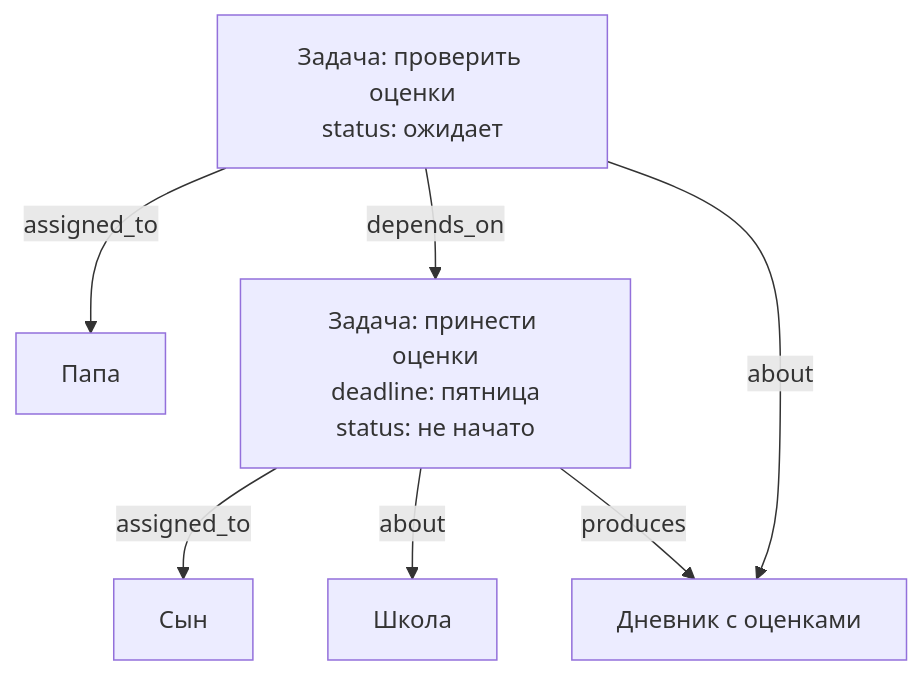
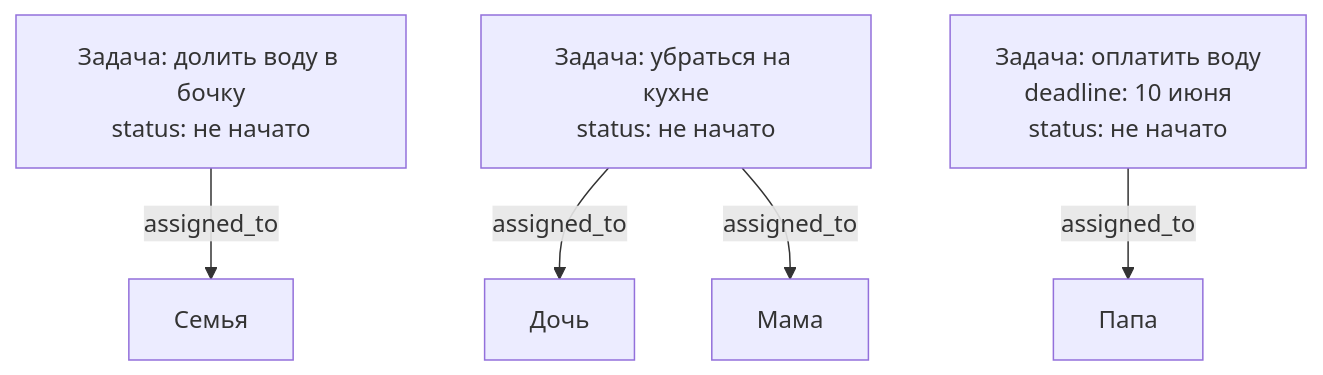
One commit to kscht/domovoy changed the fifth of 5 diagrams in docs/database.md. Above: the diagram before and after it, drawn with Mermaid. The commit also changed other lines of this file, not shown here.

````diff
--- a/docs/database.md
+++ b/docs/database.md
@@ -158,17 +184,16 @@
 ```mermaid
 graph TD
-    Son[Сын]
+    Family[Семья]
     Dad[Папа]
-    School[Школа]
-    Grades[Дневник с оценками]
+    Daughter[Дочь]
+    Mom[Мама]
 
-    T1[Задача: принести оценки\ndeadline: пятница\nstatus: не начато]
-    T2[Задача: проверить оценки\nstatus: ожидает]
+    T1[Задача: долить воду в бочку\nstatus: не начато]
+    T2[Задача: убраться на кухне\nstatus: не начато]
+    T3[Задача: оплатить воду\ndeadline: 10 июня\nstatus: не начато]
 
-    T1 -->|assigned_to| Son
-    T1 -->|about| School
-    T1 -->|produces| Grades
-    T2 -->|assigned_to| Dad
-    T2 -->|depends_on| T1
-    T2 -->|about| Grades
+    T1 -->|assigned_to| Family
+    T2 -->|assigned_to| Daughter
+    T2 -->|assigned_to| Mom
+    T3 -->|assigned_to| Dad
 ```
````
